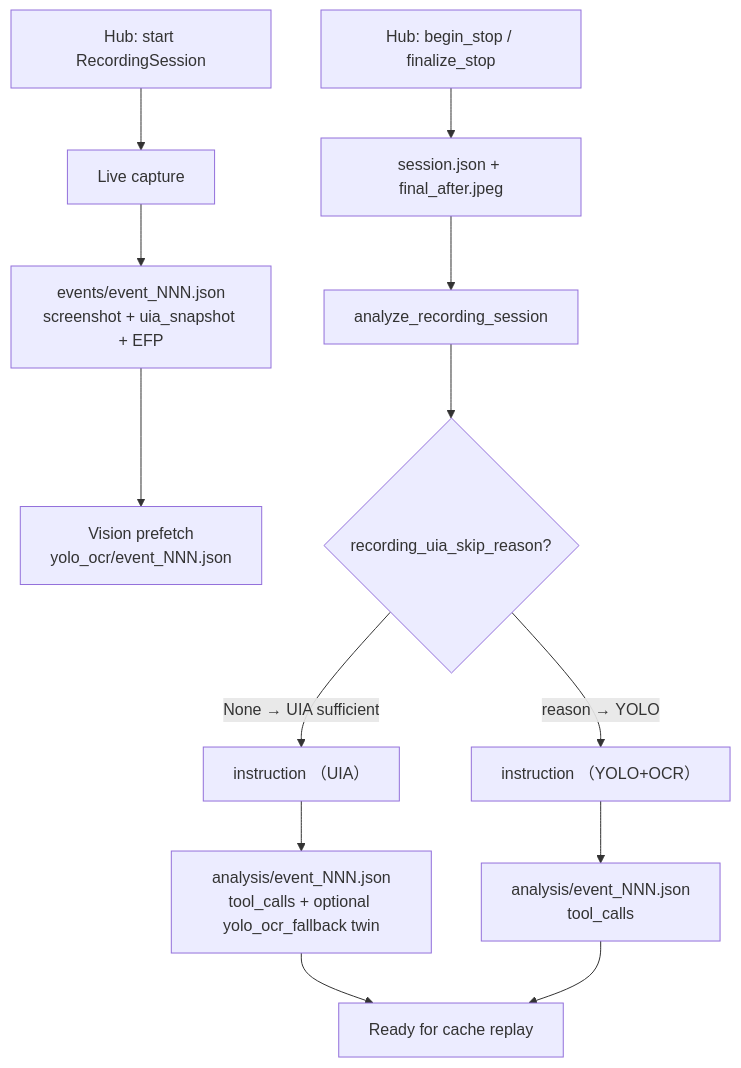
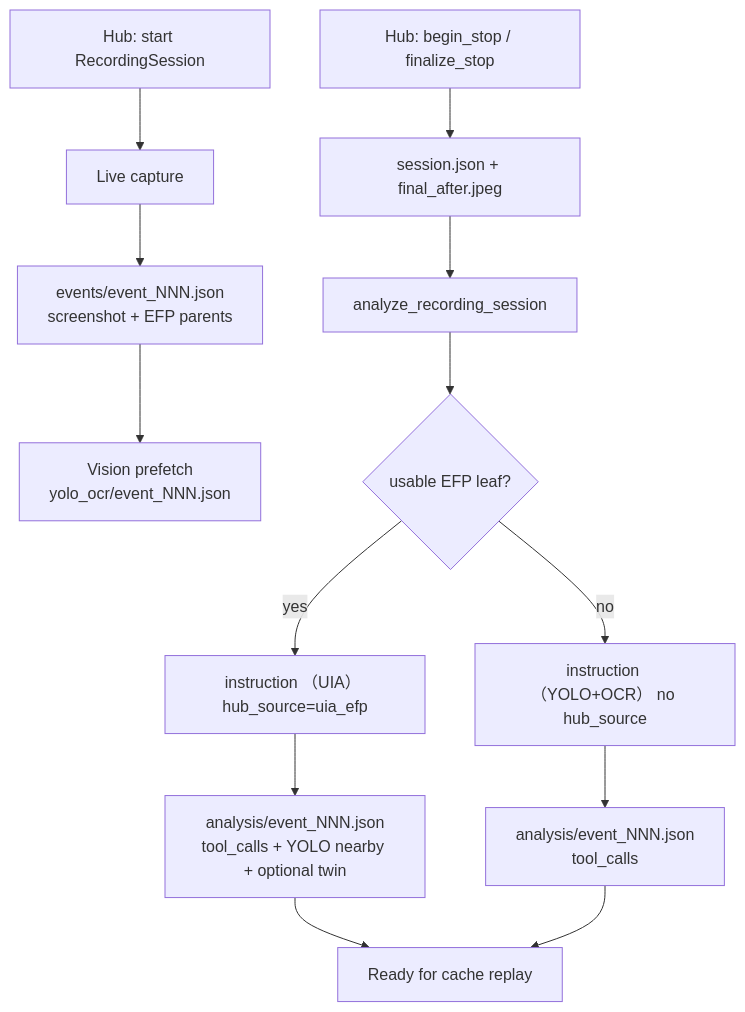
The first of 6 diagrams in docs/recording-flow.md (josephorng/QualityAssuranceAgent), drawn with Mermaid before and after one commit. The commit also changed other lines of this file and 26 other files, not shown here.

First line of the commit message:
Replace budgeted FindAll with EFP ancestor paths as the sole UIA hub.

````diff
--- a/docs/recording-flow.md
+++ b/docs/recording-flow.md
@@ -11,15 +11,15 @@
 ```mermaid
 flowchart TD
   A[Hub: start RecordingSession] --> B[Live capture]
-  B --> C[events/event_NNN.json<br/>screenshot + uia_snapshot + EFP]
+  B --> C[events/event_NNN.json<br/>screenshot + EFP parents]
   C --> D[Vision prefetch<br/>yolo_ocr/event_NNN.json]
   A2[Hub: begin_stop / finalize_stop] --> E[session.json + final_after.jpeg]
   E --> F[analyze_recording_session]
-  F --> G{recording_uia_skip_reason?}
-  G -->|None → UIA sufficient| H["instruction （UIA）"]
-  G -->|reason → YOLO| I["instruction （YOLO+OCR）"]
-  H --> J[analysis/event_NNN.json<br/>tool_calls + optional yolo_ocr_fallback twin]
+  F --> G{usable EFP leaf?}
+  G -->|yes| H["instruction （UIA） hub_source=uia_efp"]
+  G -->|no| I["instruction （YOLO+OCR） no hub_source"]
+  H --> J[analysis/event_NNN.json<br/>tool_calls + YOLO nearby + optional twin]
   I --> K[analysis/event_NNN.json<br/>tool_calls]
   J --> L[Ready for cache replay]
   K --> L
 ```
````
